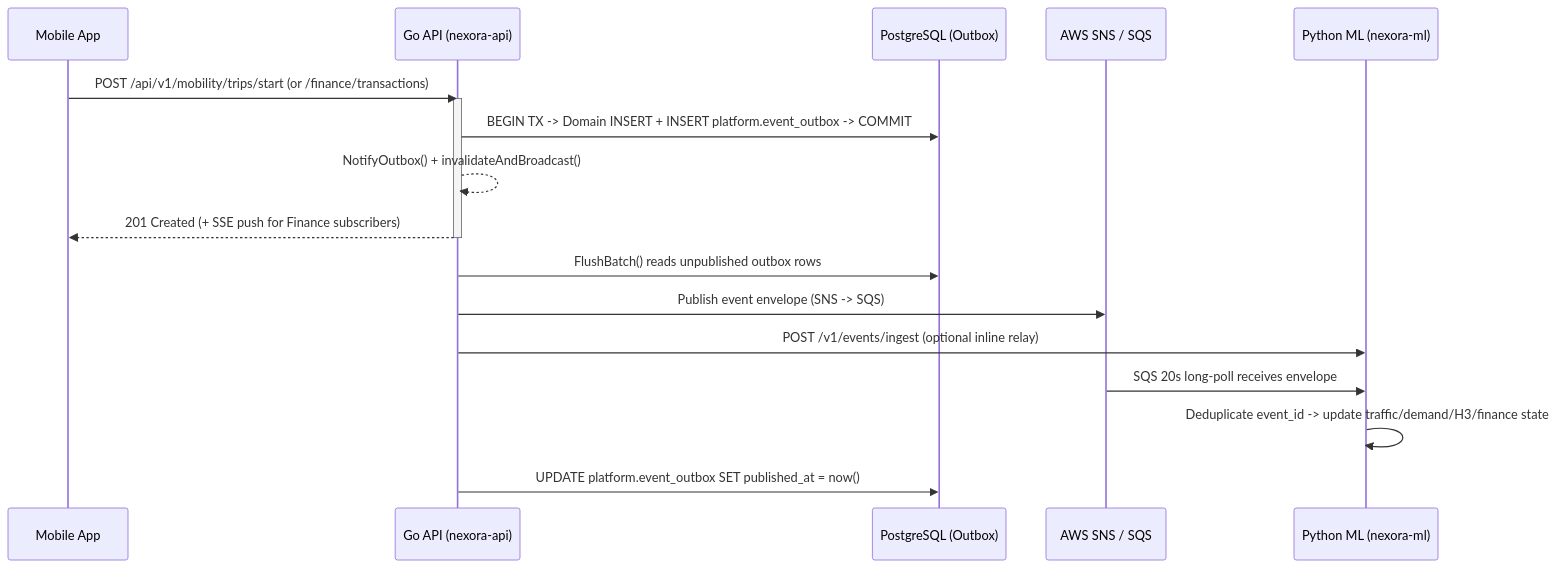
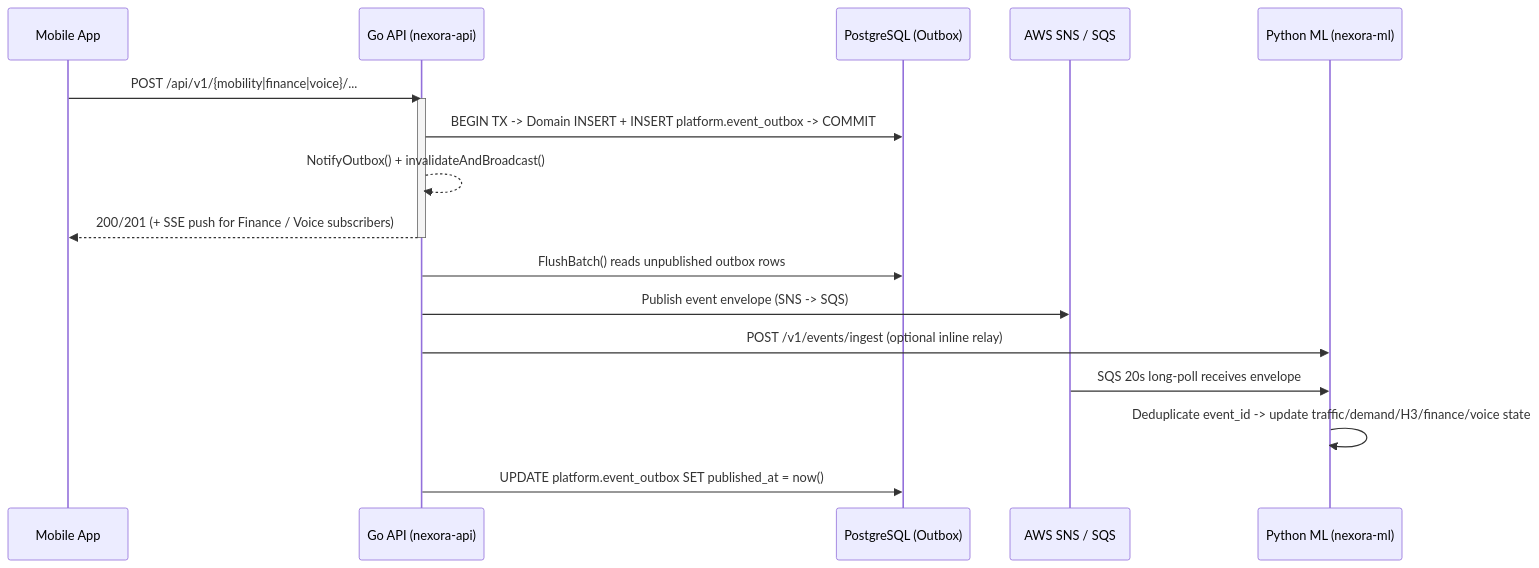
Before and after one commit to sahil0017/Nexora: the second of 2 diagrams in README.md, drawn with Mermaid. The commit also changed other lines of this file, not shown here.

Commit message:
docs(readme): update technical architecture with voice, caller ID & full module layout

````diff
--- a/README.md
+++ b/README.md
@@ -60,22 +84,22 @@
 ```mermaid
 sequenceDiagram
     participant App as Mobile App
     participant API as Go API (nexora-api)
     participant DB as PostgreSQL (Outbox)
     participant Bus as AWS SNS / SQS
     participant ML as Python ML (nexora-ml)
 
-    App->>API: POST /api/v1/mobility/trips/start (or /finance/transactions)
+    App->>API: POST /api/v1/{mobility|finance|voice}/...
     activate API
     API->>DB: BEGIN TX -> Domain INSERT + INSERT platform.event_outbox -> COMMIT
     API-->>API: NotifyOutbox() + invalidateAndBroadcast()
-    API-->>App: 201 Created (+ SSE push for Finance subscribers)
+    API-->>App: 200/201 (+ SSE push for Finance / Voice subscribers)
     deactivate API
 
     API->>DB: FlushBatch() reads unpublished outbox rows
     API->>Bus: Publish event envelope (SNS -> SQS)
     API->>ML: POST /v1/events/ingest (optional inline relay)
     Bus->>ML: SQS 20s long-poll receives envelope
-    ML->>ML: Deduplicate event_id -> update traffic/demand/H3/finance state
+    ML->>ML: Deduplicate event_id -> update traffic/demand/H3/finance/voice state
     API->>DB: UPDATE platform.event_outbox SET published_at = now()
 ```
````
